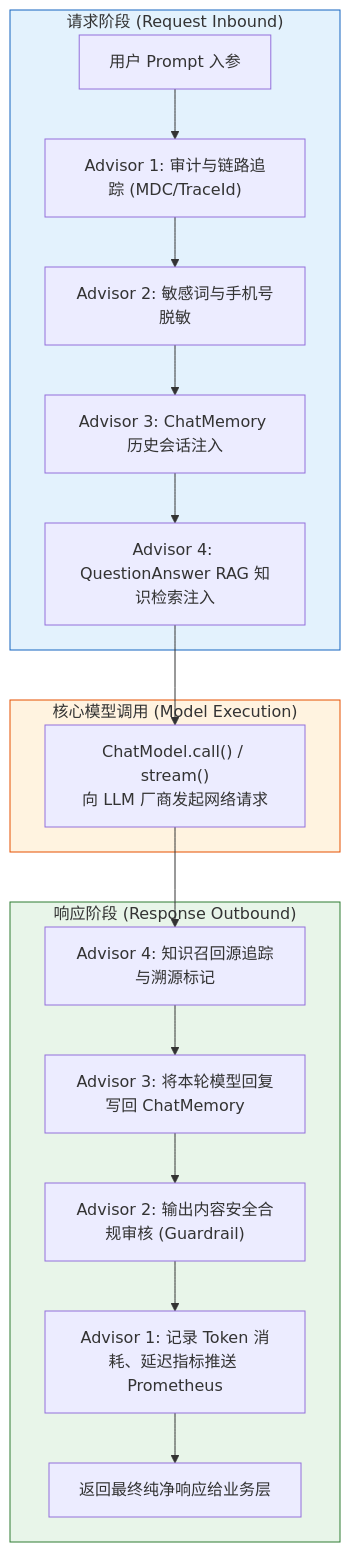
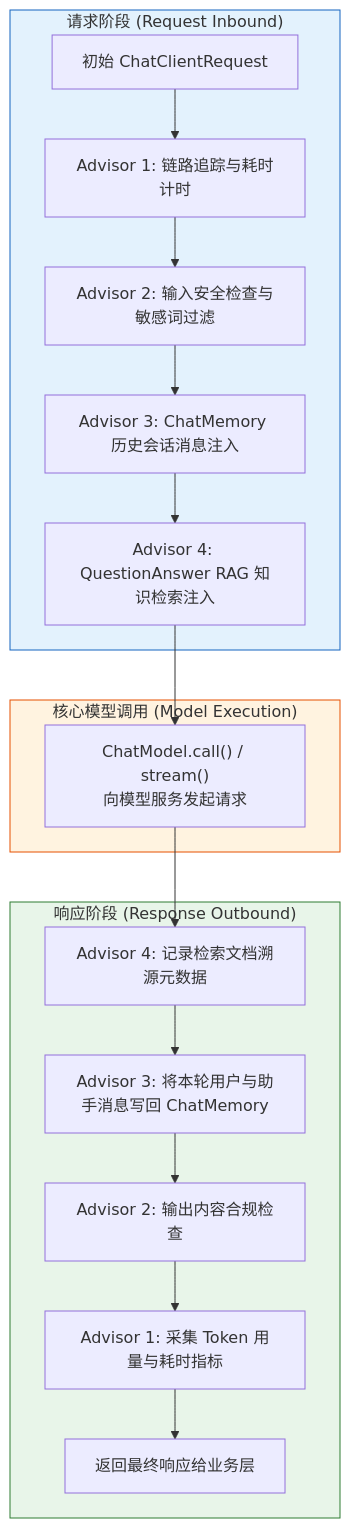
One commit to GuoWWWX/knowledge-base changed the diagram in 10-AI应用开发/02-框架-SpringAI与LangChain4j/SpringAI/07-Advisor拦截器.md. Above: the diagram before and after it, drawn with Mermaid. The commit also changed other lines of this file and 251 other files, not shown here.

````diff
--- a/10-AI应用开发/02-框架-SpringAI与LangChain4j/SpringAI/07-Advisor拦截器.md
+++ b/10-AI应用开发/02-框架-SpringAI与LangChain4j/SpringAI/07-Advisor拦截器.md
@@ -37,25 +25,25 @@
 ```mermaid
 graph TD
     subgraph Request["请求阶段 (Request Inbound)"]
-        UserReq["用户 Prompt 入参"] --> A1["Advisor 1: 审计与链路追踪 (MDC/TraceId)"]
-        A1 --> A2["Advisor 2: 敏感词与手机号脱敏"]
-        A2 --> A3["Advisor 3: ChatMemory 历史会话注入"]
+        UserReq["初始 ChatClientRequest"] --> A1["Advisor 1: 链路追踪与耗时计时"]
+        A1 --> A2["Advisor 2: 输入安全检查与敏感词过滤"]
+        A2 --> A3["Advisor 3: ChatMemory 历史会话消息注入"]
         A3 --> A4["Advisor 4: QuestionAnswer RAG 知识检索注入"]
     end
 
     subgraph Core["核心模型调用 (Model Execution)"]
-        A4 --> CM["ChatModel.call() / stream()<br/>向 LLM 厂商发起网络请求"]
+        A4 --> CM["ChatModel.call() / stream()<br/>向模型服务发起请求"]
     end
 
     subgraph Response["响应阶段 (Response Outbound)"]
-        CM --> B4["Advisor 4: 知识召回源追踪与溯源标记"]
-        B4 --> B3["Advisor 3: 将本轮模型回复写回 ChatMemory"]
-        B3 --> B2["Advisor 2: 输出内容安全合规审核 (Guardrail)"]
-        B2 --> B1["Advisor 1: 记录 Token 消耗、延迟指标推送 Prometheus"]
-        B1 --> ClientOut["返回最终纯净响应给业务层"]
+        CM --> B4["Advisor 4: 记录检索文档溯源元数据"]
+        B4 --> B3["Advisor 3: 将本轮用户与助手消息写回 ChatMemory"]
+        B3 --> B2["Advisor 2: 输出内容合规检查"]
+        B2 --> B1["Advisor 1: 采集 Token 用量与耗时指标"]
+        B1 --> ClientOut["返回最终响应给业务层"]
     end
 
     style Request fill:#e3f2fd,stroke:#1565c0,stroke-width:1px
     style Core fill:#fff3e0,stroke:#e65100,stroke-width:1px
     style Response fill:#e8f5e9,stroke:#2e7d32,stroke-width:1px
 ```
````
